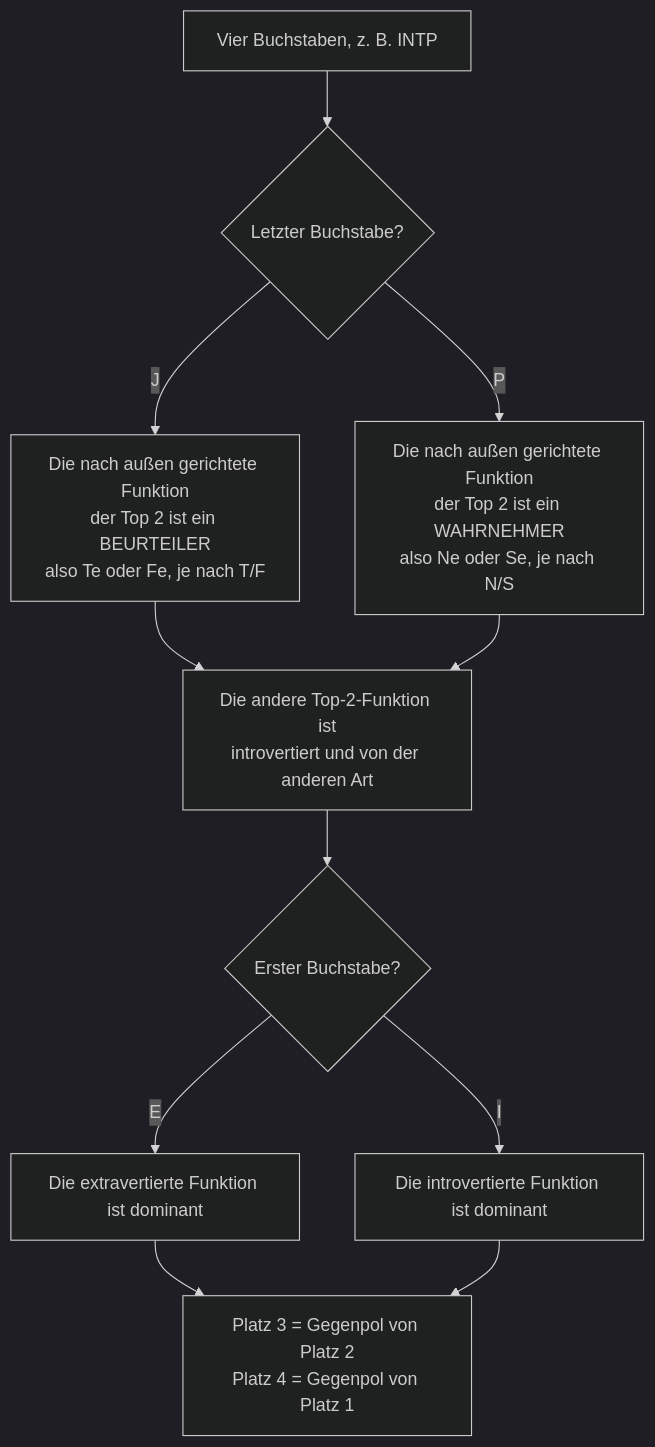
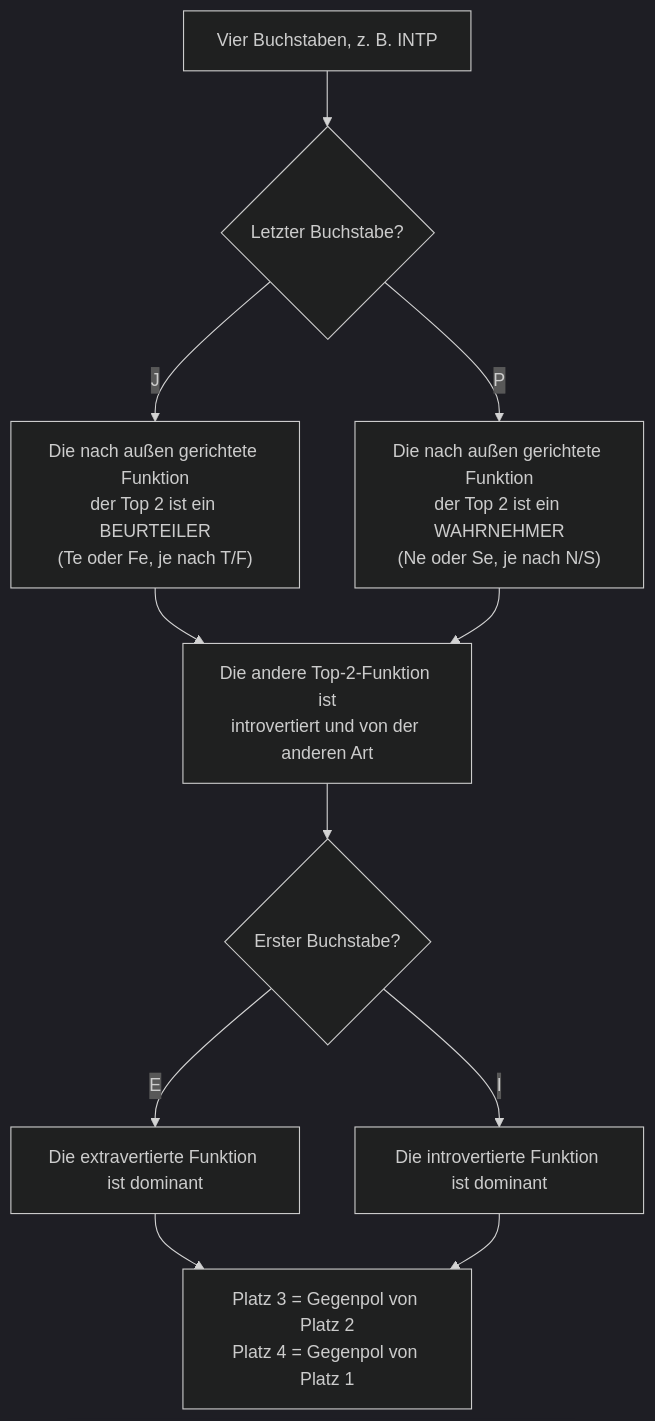
Before and after one commit to plops/mbti: the fourth of 6 diagrams in KognitiveFunktionenVerstehen_attempt2_rework1_gemini31pro_de.md, drawn with Mermaid (dark theme). The commit also changed other lines of this file, not shown here.

````diff
--- a/KognitiveFunktionenVerstehen_attempt2_rework1_gemini31pro_de.md
+++ b/KognitiveFunktionenVerstehen_attempt2_rework1_gemini31pro_de.md
@@ -189,13 +190,13 @@
 ```mermaid
 flowchart TD
     A["Vier Buchstaben, z. B. INTP"] --> B{"Letzter Buchstabe?"}
-    B -->|"J"| C["Die nach außen gerichtete Funktion<br/>der Top 2 ist ein BEURTEILER<br/>also Te oder Fe, je nach T/F"]
-    B -->|"P"| D["Die nach außen gerichtete Funktion<br/>der Top 2 ist ein WAHRNEHMER<br/>also Ne oder Se, je nach N/S"]
+    B -->|"J"| C["Die nach außen gerichtete Funktion<br/>der Top 2 ist ein BEURTEILER<br/>(Te oder Fe, je nach T/F)"]
+    B -->|"P"| D["Die nach außen gerichtete Funktion<br/>der Top 2 ist ein WAHRNEHMER<br/>(Ne oder Se, je nach N/S)"]
     C --> E["Die andere Top-2-Funktion ist<br/>introvertiert und von der anderen Art"]
     D --> E
     E --> F{"Erster Buchstabe?"}
     F -->|"E"| G["Die extravertierte Funktion ist dominant"]
     F -->|"I"| H["Die introvertierte Funktion ist dominant"]
     G --> I["Platz 3 = Gegenpol von Platz 2<br/>Platz 4 = Gegenpol von Platz 1"]
     H --> I
 ```
````
